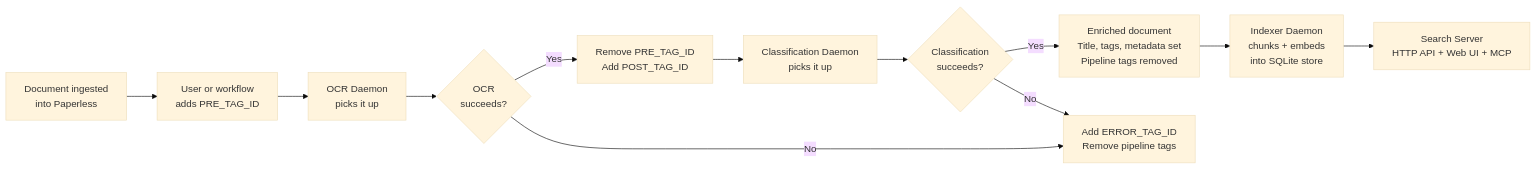
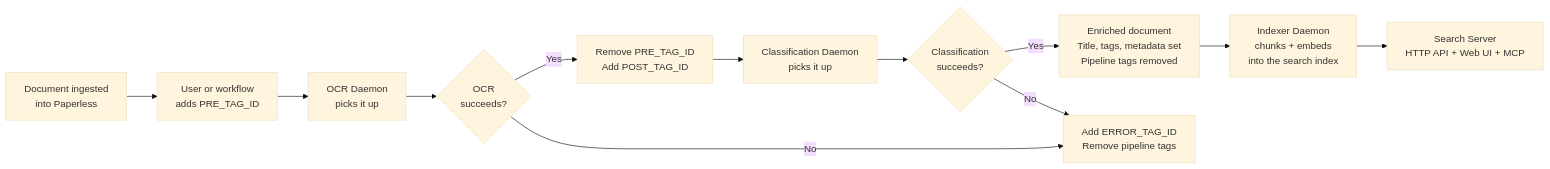
Before and after one commit to rossetv/paperless-ai: the diagram in AGENTS.md, drawn with Mermaid (base theme). The commit also changed other lines of this file and 12 other files, not shown here.

````diff
--- a/AGENTS.md
+++ b/AGENTS.md
@@ -26,14 +30,14 @@
 ```mermaid
 flowchart LR
     A["Document ingested\ninto Paperless"] --> B["User or workflow\nadds PRE_TAG_ID"]
     B --> C["OCR Daemon\npicks it up"]
     C --> D{"OCR\nsucceeds?"}
     D -- Yes --> E["Remove PRE_TAG_ID\nAdd POST_TAG_ID"]
     E --> F["Classification Daemon\npicks it up"]
     F --> G{"Classification\nsucceeds?"}
     G -- Yes --> H["Enriched document\nTitle, tags, metadata set\nPipeline tags removed"]
     D -- No --> I["Add ERROR_TAG_ID\nRemove pipeline tags"]
     G -- No --> I
-    H --> J["Indexer Daemon\nchunks + embeds\ninto SQLite store"]
+    H --> J["Indexer Daemon\nchunks + embeds\ninto the search index"]
     J --> K["Search Server\nHTTP API + Web UI + MCP"]
 ```
````
